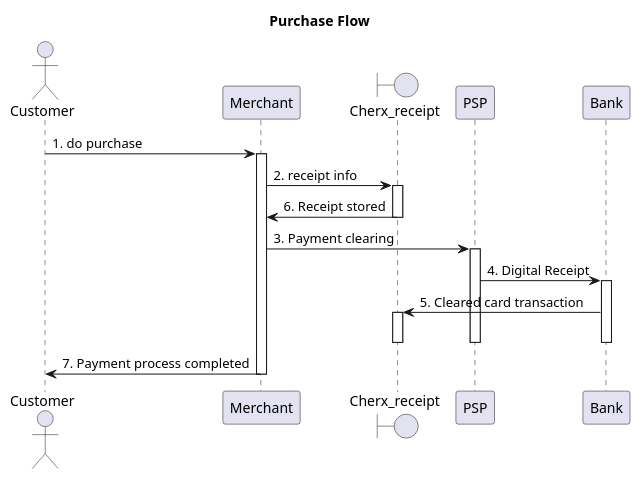
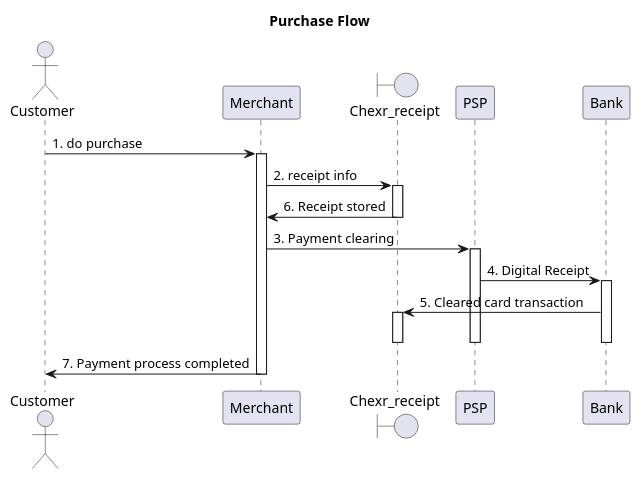
The diagram in architectural/general_idea.pu (chexr-receipt-project/Manual), drawn with PlantUML before and after one commit.

```diff
--- a/architectural/general_idea.pu
+++ b/architectural/general_idea.pu
@@ -1,32 +1,32 @@
 @startuml
 Title Purchase Flow
 actor Customer
 participant Merchant
-boundary Cherx_receipt
+boundary Chexr_receipt
 participant PSP
 participant Bank
 
 
 Customer -> Merchant : 1. do purchase
 activate Merchant
-Merchant -> Cherx_receipt : 2. receipt info
-activate Cherx_receipt
-Cherx_receipt -> Merchant: 6. Receipt stored
-deactivate Cherx_receipt
+Merchant -> Chexr_receipt : 2. receipt info
+activate Chexr_receipt
+Chexr_receipt -> Merchant: 6. Receipt stored
+deactivate Chexr_receipt
 Merchant -> PSP: 3. Payment clearing
 activate PSP
 PSP -> Bank: 4. Digital Receipt
 activate Bank
-Bank -> Cherx_receipt: 5. Cleared card transaction
-activate Cherx_receipt
-deactivate Cherx_receipt
+Bank -> Chexr_receipt: 5. Cleared card transaction
+activate Chexr_receipt
+deactivate Chexr_receipt
 deactivate Bank
 deactivate PSP
 
 
 Merchant -> Customer: 7. Payment process completed
 deactivate Merchant
 
 
 
 @enduml
```
